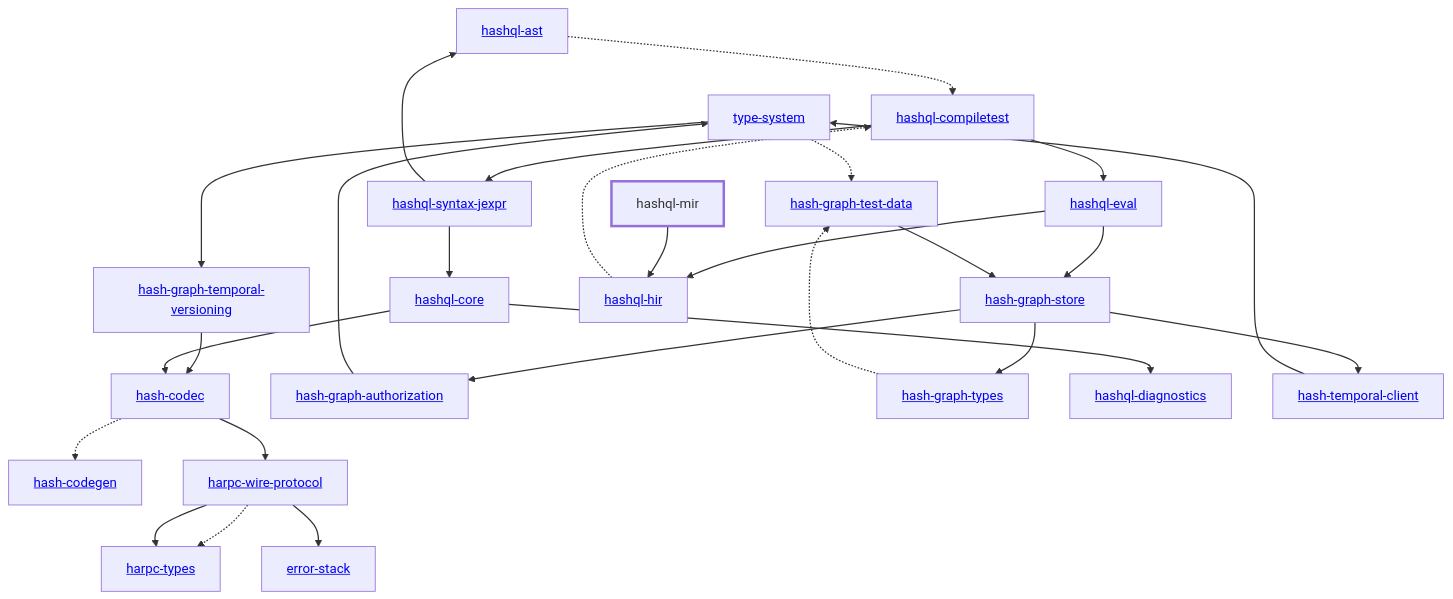
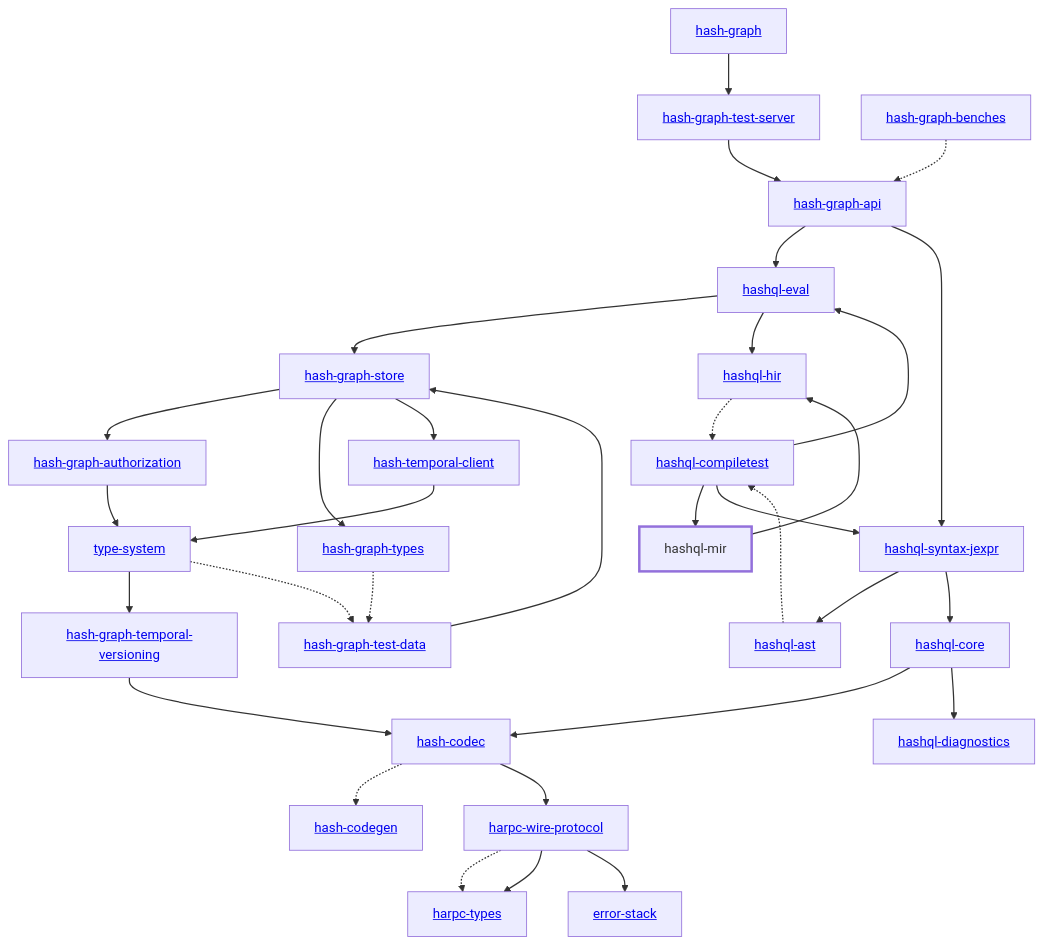
One commit to hashintel/hash changed the diagram in libs/@local/hashql/mir/docs/dependency-diagram.mmd. Above: the diagram before and after it, drawn with Mermaid. The commit also changed 22 other files, not shown here.

Commit message:
fix: dependency diagram

```diff
--- a/libs/@local/hashql/mir/docs/dependency-diagram.mmd
+++ b/libs/@local/hashql/mir/docs/dependency-diagram.mmd
@@ -1,57 +1,67 @@
 graph TD
     linkStyle default stroke-width:1.5px
     classDef default stroke-width:1px
     classDef root stroke-width:3px
     classDef dev stroke-width:1px
     classDef build stroke-width:1px
     %% Legend
     %% --> : Normal dependency
     %% -.-> : Dev dependency
     %% ---> : Build dependency
-    0[<a href="../type_system/index.html">type-system</a>]
-    1[<a href="../hash_codec/index.html">hash-codec</a>]
-    2[<a href="../hash_codegen/index.html">hash-codegen</a>]
-    3[<a href="../hash_graph_authorization/index.html">hash-graph-authorization</a>]
-    4[<a href="../hash_graph_store/index.html">hash-graph-store</a>]
-    5[<a href="../hash_graph_temporal_versioning/index.html">hash-graph-temporal-versioning</a>]
-    6[<a href="../hash_graph_types/index.html">hash-graph-types</a>]
-    7[<a href="../harpc_types/index.html">harpc-types</a>]
-    8[<a href="../harpc_wire_protocol/index.html">harpc-wire-protocol</a>]
-    9[<a href="../hashql_ast/index.html">hashql-ast</a>]
-    10[<a href="../hashql_compiletest/index.html">hashql-compiletest</a>]
-    11[<a href="../hashql_core/index.html">hashql-core</a>]
-    12[<a href="../hashql_diagnostics/index.html">hashql-diagnostics</a>]
-    13[<a href="../hashql_eval/index.html">hashql-eval</a>]
-    14[<a href="../hashql_hir/index.html">hashql-hir</a>]
-    15[hashql-mir]
-    class 15 root
-    16[<a href="../hashql_syntax_jexpr/index.html">hashql-syntax-jexpr</a>]
-    17[<a href="../hash_temporal_client/index.html">hash-temporal-client</a>]
-    18[<a href="../error_stack/index.html">error-stack</a>]
-    19[<a href="../hash_graph_test_data/index.html">hash-graph-test-data</a>]
-    0 --> 5
-    0 -.-> 19
-    1 -.-> 2
-    1 --> 8
-    3 --> 0
-    4 --> 3
-    4 --> 6
-    4 --> 17
+    0[<a href="../hash_graph/index.html">hash-graph</a>]
+    1[<a href="../type_system/index.html">type-system</a>]
+    2[<a href="../hash_codec/index.html">hash-codec</a>]
+    3[<a href="../hash_codegen/index.html">hash-codegen</a>]
+    4[<a href="../hash_graph_api/index.html">hash-graph-api</a>]
+    5[<a href="../hash_graph_authorization/index.html">hash-graph-authorization</a>]
+    6[<a href="../hash_graph_store/index.html">hash-graph-store</a>]
+    7[<a href="../hash_graph_temporal_versioning/index.html">hash-graph-temporal-versioning</a>]
+    8[<a href="../hash_graph_test_server/index.html">hash-graph-test-server</a>]
+    9[<a href="../hash_graph_types/index.html">hash-graph-types</a>]
+    10[<a href="../harpc_types/index.html">harpc-types</a>]
+    11[<a href="../harpc_wire_protocol/index.html">harpc-wire-protocol</a>]
+    12[<a href="../hashql_ast/index.html">hashql-ast</a>]
+    13[<a href="../hashql_compiletest/index.html">hashql-compiletest</a>]
+    14[<a href="../hashql_core/index.html">hashql-core</a>]
+    15[<a href="../hashql_diagnostics/index.html">hashql-diagnostics</a>]
+    16[<a href="../hashql_eval/index.html">hashql-eval</a>]
+    17[<a href="../hashql_hir/index.html">hashql-hir</a>]
+    18[hashql-mir]
+    class 18 root
+    19[<a href="../hashql_syntax_jexpr/index.html">hashql-syntax-jexpr</a>]
+    20[<a href="../hash_temporal_client/index.html">hash-temporal-client</a>]
+    21[<a href="../error_stack/index.html">error-stack</a>]
+    22[<a href="../hash_graph_benches/index.html">hash-graph-benches</a>]
+    23[<a href="../hash_graph_test_data/index.html">hash-graph-test-data</a>]
+    0 --> 8
+    1 --> 7
+    1 -.-> 23
+    2 -.-> 3
+    2 --> 11
+    4 --> 16
+    4 --> 19
     5 --> 1
-    6 -.-> 19
-    8 -.-> 7
-    8 --> 7
-    8 --> 18
-    9 -.-> 10
-    10 --> 13
-    10 --> 16
-    11 --> 1
-    11 --> 12
-    13 --> 4
-    13 --> 14
-    14 -.-> 10
-    15 --> 14
-    16 --> 9
-    16 --> 11
-    17 --> 0
-    19 --> 4
+    6 --> 5
+    6 --> 9
+    6 --> 20
+    7 --> 2
+    8 --> 4
+    9 -.-> 23
+    11 -.-> 10
+    11 --> 10
+    11 --> 21
+    12 -.-> 13
+    13 --> 16
+    13 --> 18
+    13 --> 19
+    14 --> 2
+    14 --> 15
+    16 --> 6
+    16 --> 17
+    17 -.-> 13
+    18 --> 17
+    19 --> 12
+    19 --> 14
+    20 --> 1
+    22 -.-> 4
+    23 --> 6
```
